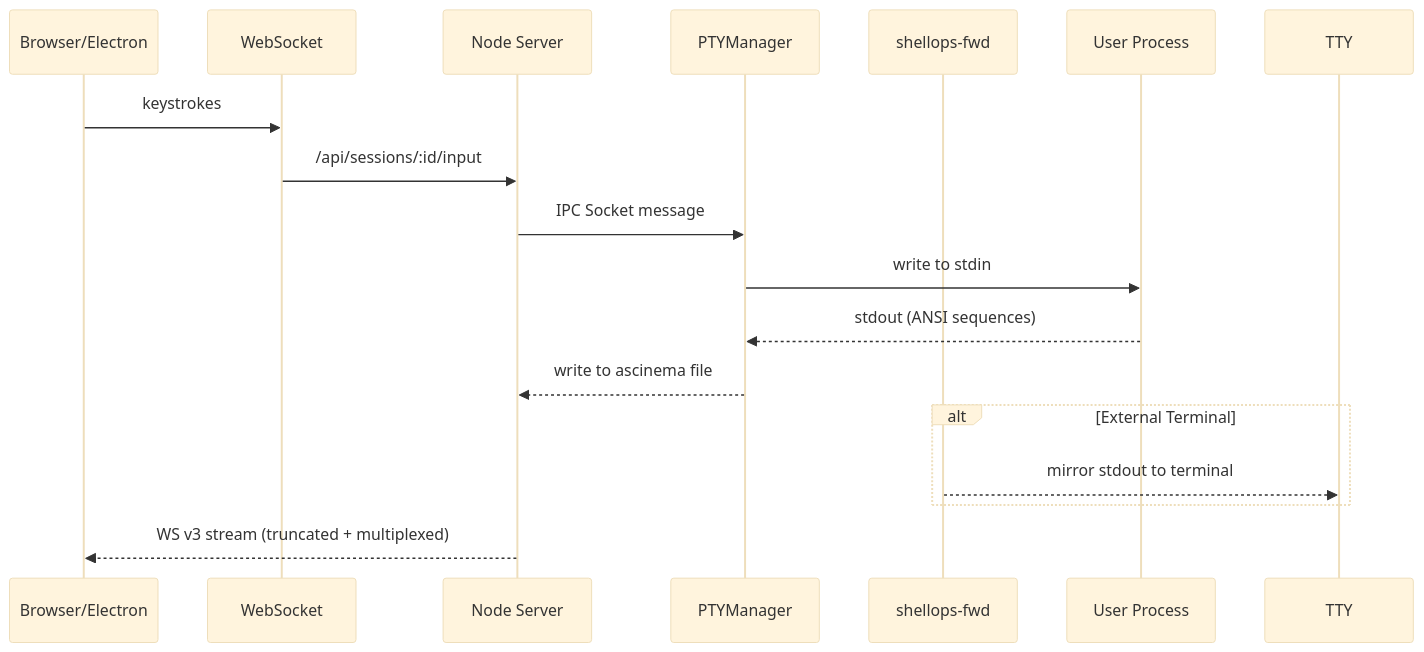
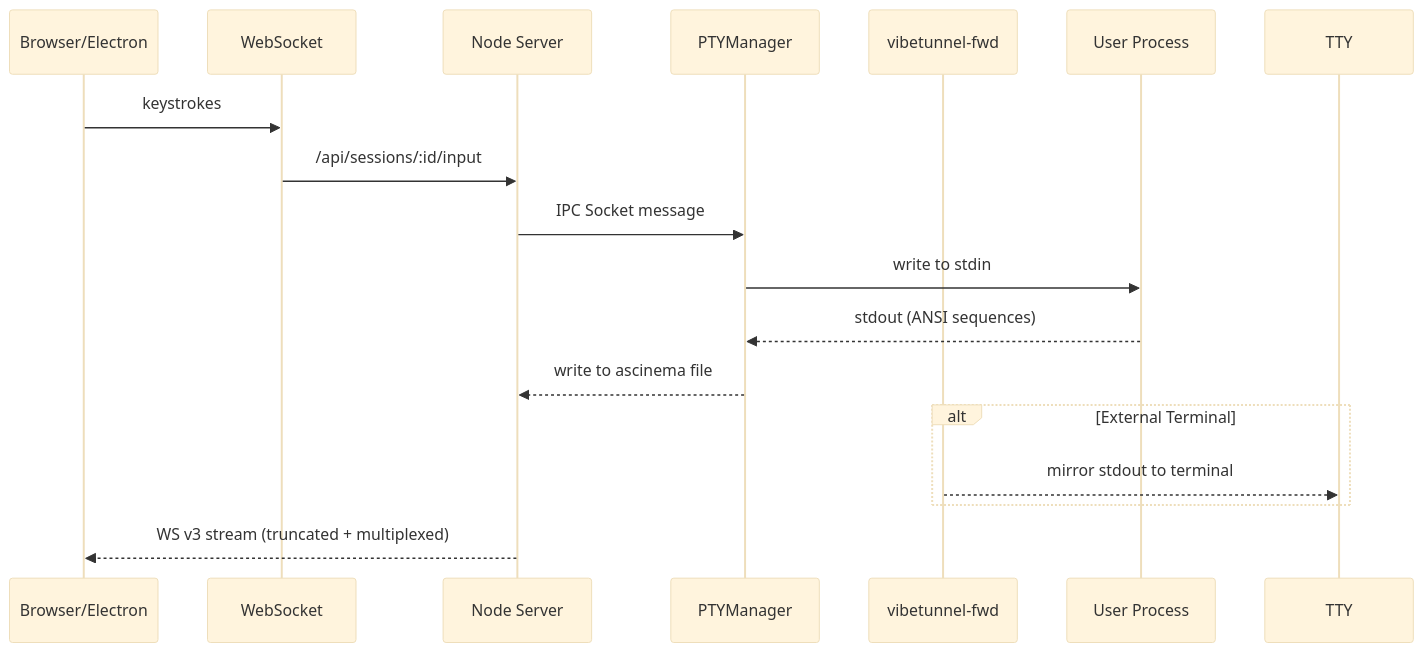
One commit to amantus-ai/vibetunnel changed the diagram in docs/architecture-mario.md. Above: the diagram before and after it, drawn with Mermaid (base theme). The commit also changed other lines of this file and 903 other files, not shown here.

````diff
--- a/docs/architecture-mario.md
+++ b/docs/architecture-mario.md
@@ -32,20 +32,20 @@
 ```mermaid
 sequenceDiagram
     participant UI as Browser/Electron
     participant WS as WebSocket
     participant Server as Node Server
     participant PTY as PTYManager
-    participant FWD as shellops-fwd
+    participant FWD as vibetunnel-fwd
     participant Proc as User Process
     
     UI->>WS: keystrokes
     WS->>Server: /api/sessions/:id/input
     Server->>PTY: IPC Socket message
     PTY->>Proc: write to stdin
     Proc-->>PTY: stdout (ANSI sequences)
     PTY-->>Server: write to ascinema file
     alt External Terminal
         FWD-->>TTY: mirror stdout to terminal
     end
     Server-->>UI: WS v3 stream (truncated + multiplexed)
 ```
````
